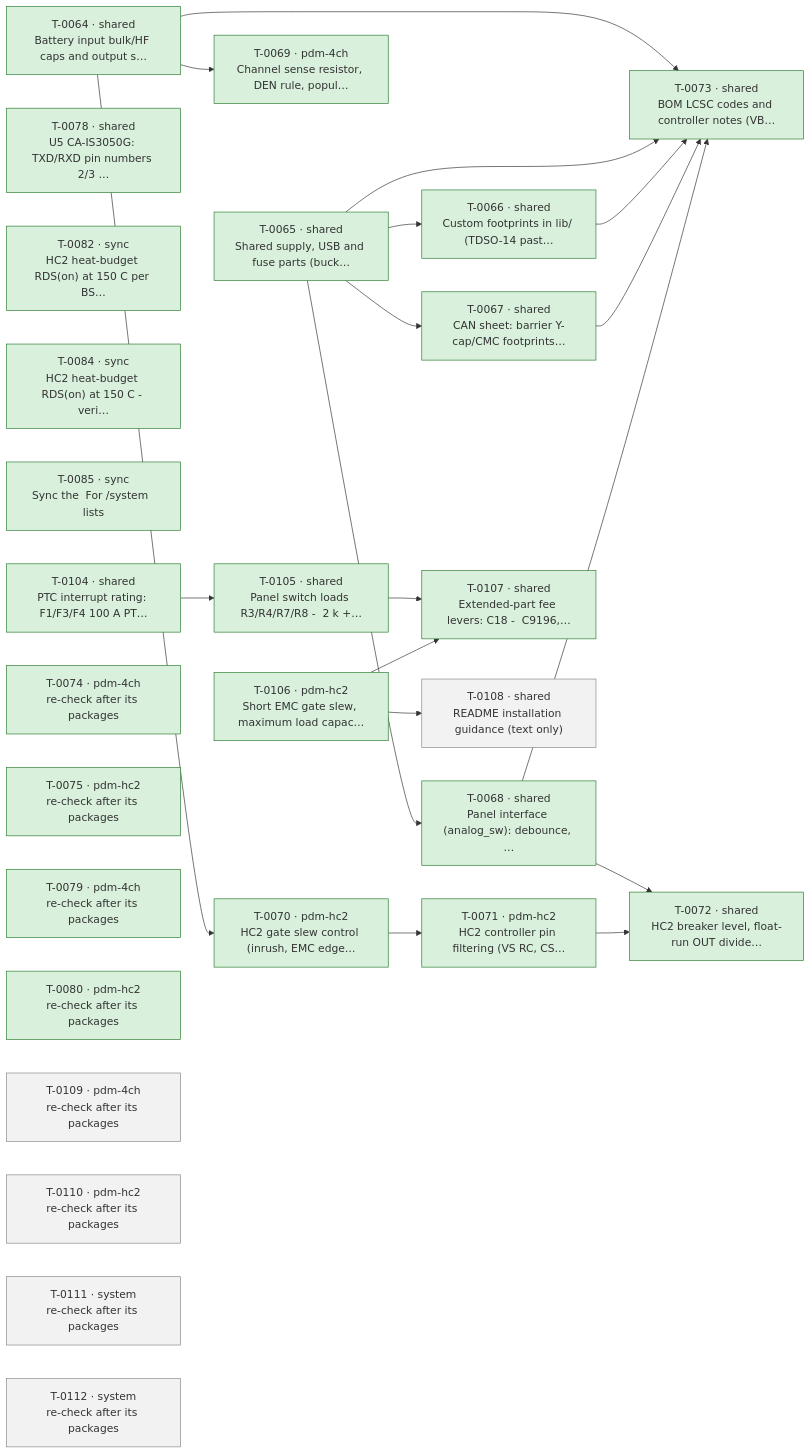
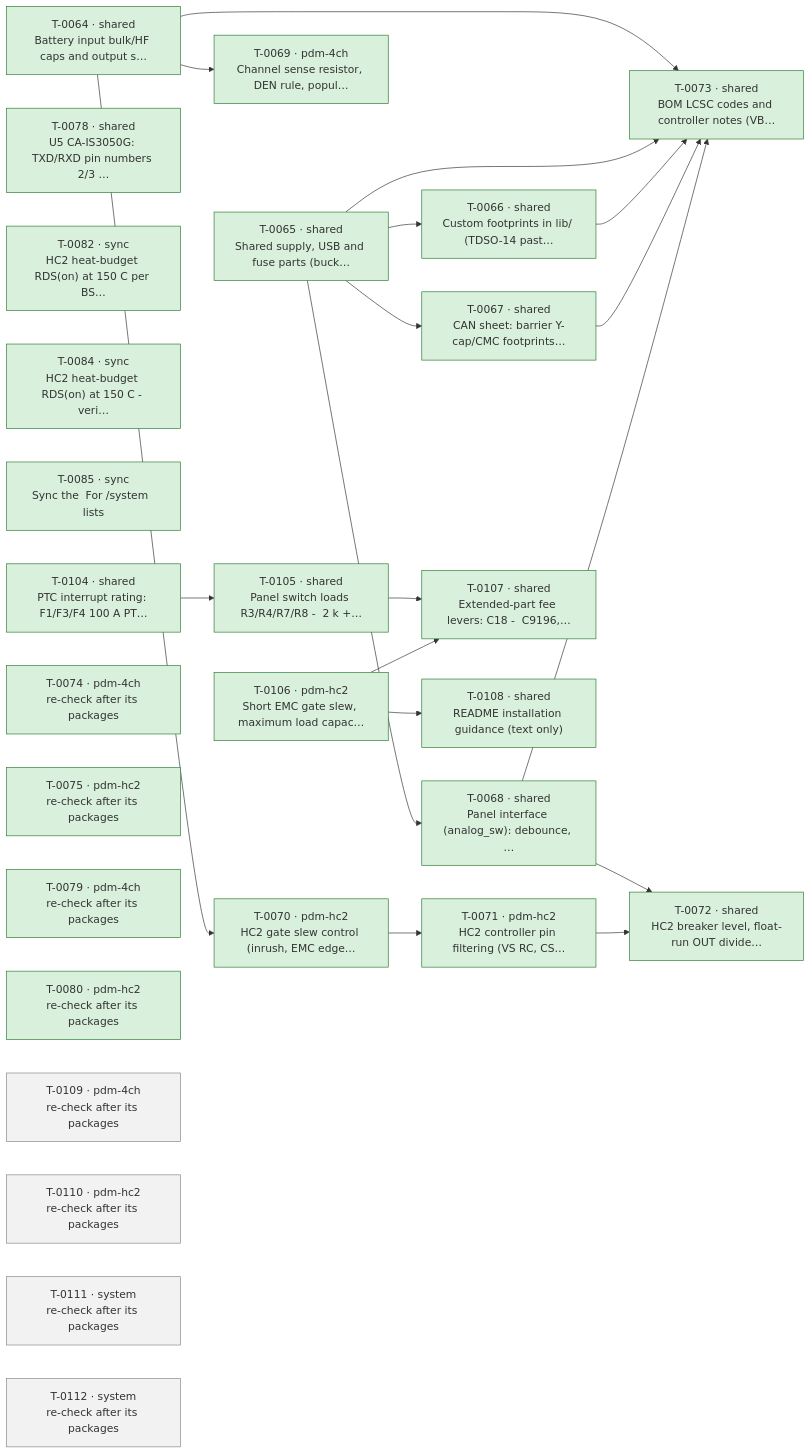
Before and after one commit to plektra/ESP32-PDM: the diagram in docs/ROADMAP.md, drawn with Mermaid. The commit also changed other lines of this file and 2 other files, not shown here.

First line of the commit message:
Auto: board-fixer shared (T-0108): 1 fixed, 0 blocked, merged c9bce1a7; no part changes

````diff
--- a/docs/ROADMAP.md
+++ b/docs/ROADMAP.md
@@ -18,51 +18,51 @@
 ```mermaid
 flowchart LR
   T0064["T-0064 · shared<br/>Battery input bulk/HF caps and output s…"]:::done
   T0065["T-0065 · shared<br/>Shared supply, USB and fuse parts (buck…"]:::done
   T0066["T-0066 · shared<br/>Custom footprints in lib/ (TDSO-14 past…"]:::done
   T0067["T-0067 · shared<br/>CAN sheet: barrier Y-cap/CMC footprints…"]:::done
   T0068["T-0068 · shared<br/>Panel interface (analog_sw): debounce, …"]:::done
   T0069["T-0069 · pdm-4ch<br/>Channel sense resistor, DEN rule, popul…"]:::done
   T0070["T-0070 · pdm-hc2<br/>HC2 gate slew control (inrush, EMC edge…"]:::done
   T0071["T-0071 · pdm-hc2<br/>HC2 controller pin filtering (VS RC, CS…"]:::done
   T0072["T-0072 · shared<br/>HC2 breaker level, float-run OUT divide…"]:::done
   T0073["T-0073 · shared<br/>BOM LCSC codes and controller notes (VB…"]:::done
   T0078["T-0078 · shared<br/>U5 CA-IS3050G: TXD/RXD pin numbers 2/3 …"]:::done
   T0082["T-0082 · sync<br/>HC2 heat-budget RDS(on) at 150 C per BS…"]:::done
   T0084["T-0084 · sync<br/>HC2 heat-budget RDS(on) at 150 C - veri…"]:::done
   T0085["T-0085 · sync<br/>Sync the  For /system  lists"]:::done
   T0104["T-0104 · shared<br/>PTC interrupt rating: F1/F3/F4 100 A PT…"]:::done
   T0105["T-0105 · shared<br/>Panel switch loads R3/R4/R7/R8 -  2 k +…"]:::done
   T0106["T-0106 · pdm-hc2<br/>Short EMC gate slew, maximum load capac…"]:::done
   T0107["T-0107 · shared<br/>Extended-part fee levers: C18 -  C9196,…"]:::done
-  T0108["T-0108 · shared<br/>README installation guidance (text only)"]:::ready
+  T0108["T-0108 · shared<br/>README installation guidance (text only)"]:::done
   T0074["T-0074 · pdm-4ch<br/>re-check after its packages"]:::done
   T0075["T-0075 · pdm-hc2<br/>re-check after its packages"]:::done
   T0079["T-0079 · pdm-4ch<br/>re-check after its packages"]:::done
   T0080["T-0080 · pdm-hc2<br/>re-check after its packages"]:::done
   T0109["T-0109 · pdm-4ch<br/>re-check after its packages"]:::ready
   T0110["T-0110 · pdm-hc2<br/>re-check after its packages"]:::ready
   T0111["T-0111 · system<br/>re-check after its packages"]:::ready
   T0112["T-0112 · system<br/>re-check after its packages"]:::ready
   T0065 --> T0066
   T0065 --> T0067
   T0065 --> T0068
   T0064 --> T0069
   T0064 --> T0070
   T0070 --> T0071
   T0068 --> T0072
   T0071 --> T0072
   T0064 --> T0073
   T0065 --> T0073
   T0066 --> T0073
   T0067 --> T0073
   T0068 --> T0073
   T0104 --> T0105
   T0105 --> T0107
   T0106 --> T0107
   T0106 --> T0108
   classDef done fill:#d8f0dc,stroke:#2e7d32
   classDef running fill:#d6e6ff,stroke:#1f5fbf
   classDef ready fill:#f2f2f2,stroke:#888
   classDef failed fill:#f9d9d9,stroke:#b3261e
 ```
````
